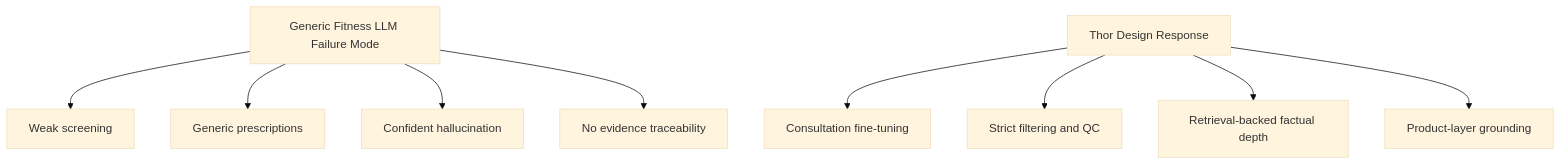
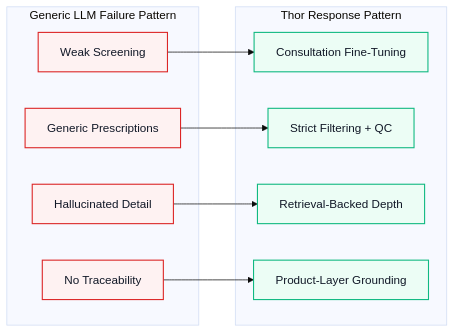
Before and after one commit to GunjanGrunge/thor: the seventh of 8 diagrams in README.md, drawn with Mermaid (base theme). The commit also changed other lines of this file and 1 other file, not shown here.

Commit message:
Upgrade README architecture visuals

````diff
--- a/README.md
+++ b/README.md
@@ -354,14 +475,26 @@
 ```mermaid
-flowchart TD
-    A[Generic Fitness LLM Failure Mode]
-    A --> A1[Weak screening]
-    A --> A2[Generic prescriptions]
-    A --> A3[Confident hallucination]
-    A --> A4[No evidence traceability]
+flowchart LR
+    subgraph Failure["Generic LLM Failure Pattern"]
+        A1[Weak Screening]
+        A2[Generic Prescriptions]
+        A3[Hallucinated Detail]
+        A4[No Traceability]
+    end
 
-    B[Thor Design Response]
-    B --> B1[Consultation fine-tuning]
-    B --> B2[Strict filtering and QC]
-    B --> B3[Retrieval-backed factual depth]
-    B --> B4[Product-layer grounding]
+    subgraph Thor["Thor Response Pattern"]
+        B1[Consultation Fine-Tuning]
+        B2[Strict Filtering + QC]
+        B3[Retrieval-Backed Depth]
+        B4[Product-Layer Grounding]
+    end
+
+    A1 --> B1
+    A2 --> B2
+    A3 --> B3
+    A4 --> B4
+
+    classDef risk fill:#FEF2F2,stroke:#DC2626,color:#111827,stroke-width:1.5px;
+    classDef resp fill:#ECFDF5,stroke:#10B981,color:#111827,stroke-width:1.5px;
+    class A1,A2,A3,A4 risk;
+    class B1,B2,B3,B4 resp;
 ```
````
